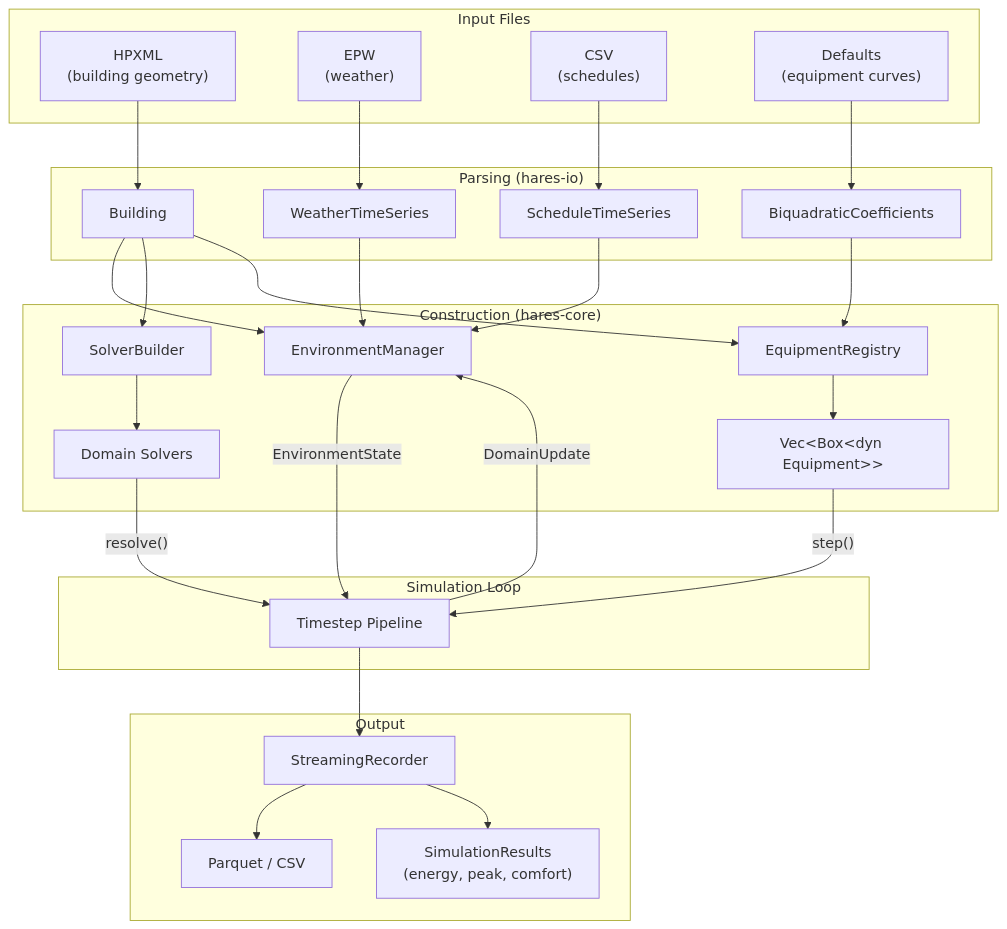
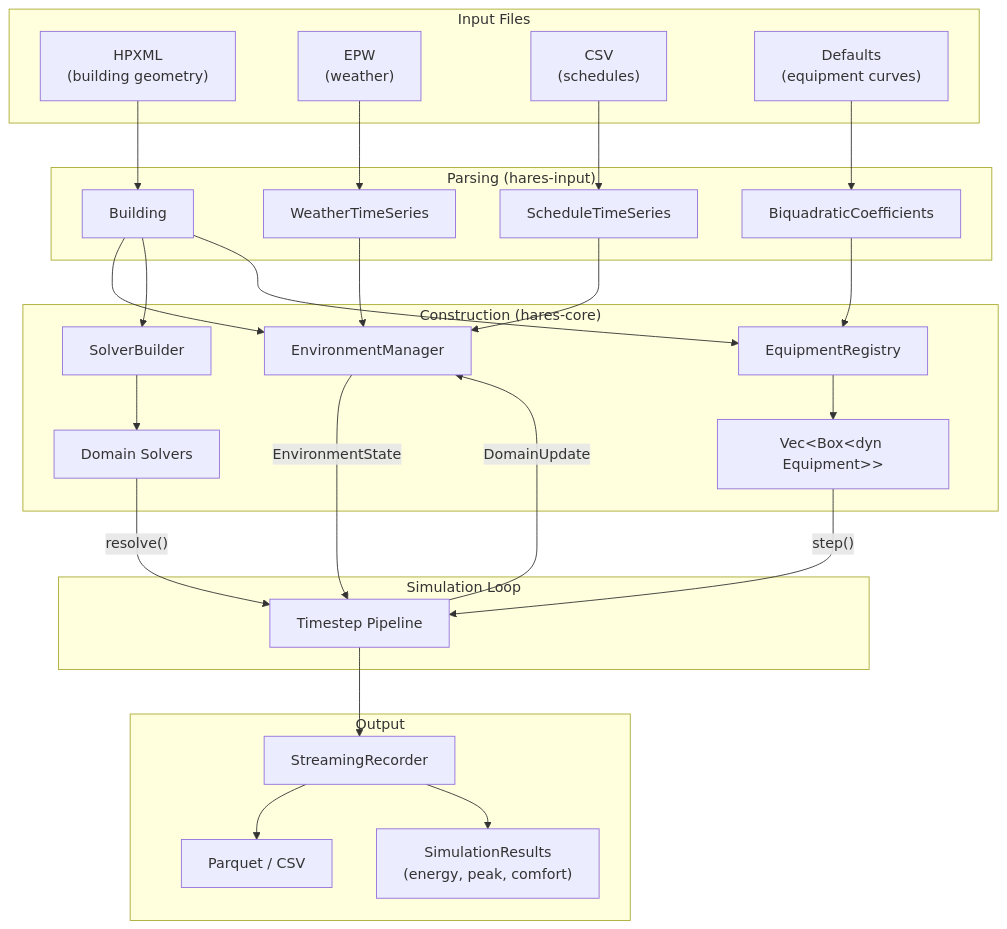
One commit to AZX-PBC-OSS/HARES changed the tenth of 11 diagrams in docs/architecture.md. Above: the diagram before and after it, drawn with Mermaid. The commit also changed other lines of this file and 322 other files, not shown here.

````diff
--- a/docs/architecture.md
+++ b/docs/architecture.md
@@ -636,40 +645,40 @@
 ```mermaid
 graph TB
     subgraph "Input Files"
         HP["HPXML<br/>(building geometry)"]
         EPW["EPW<br/>(weather)"]
         SCHED["CSV<br/>(schedules)"]
         DEF["Defaults<br/>(equipment curves)"]
     end
 
-    subgraph "Parsing (hares-io)"
+    subgraph "Parsing (hares-input)"
         HP --> Building
         EPW --> Weather["WeatherTimeSeries"]
         SCHED --> Schedule["ScheduleTimeSeries"]
         DEF --> Curves["BiquadraticCoefficients"]
     end
 
     subgraph "Construction (hares-core)"
         Building --> EM["EnvironmentManager"]
         Weather --> EM
         Schedule --> EM
         Building --> SB["SolverBuilder"]
         SB --> Solvers["Domain Solvers"]
         Building --> ER["EquipmentRegistry"]
         Curves --> ER
         ER --> Equip["Vec&lt;Box&lt;dyn Equipment&gt;&gt;"]
     end
 
     subgraph "Simulation Loop"
         EM --> |"EnvironmentState"| LOOP["Timestep Pipeline"]
         Equip --> |"step()"| LOOP
         Solvers --> |"resolve()"| LOOP
         LOOP --> |"DomainUpdate"| EM
     end
 
     subgraph "Output"
         LOOP --> REC["StreamingRecorder"]
         REC --> PARQUET["Parquet / CSV"]
         REC --> METRICS["SimulationResults<br/>(energy, peak, comfort)"]
     end
 ```
````
